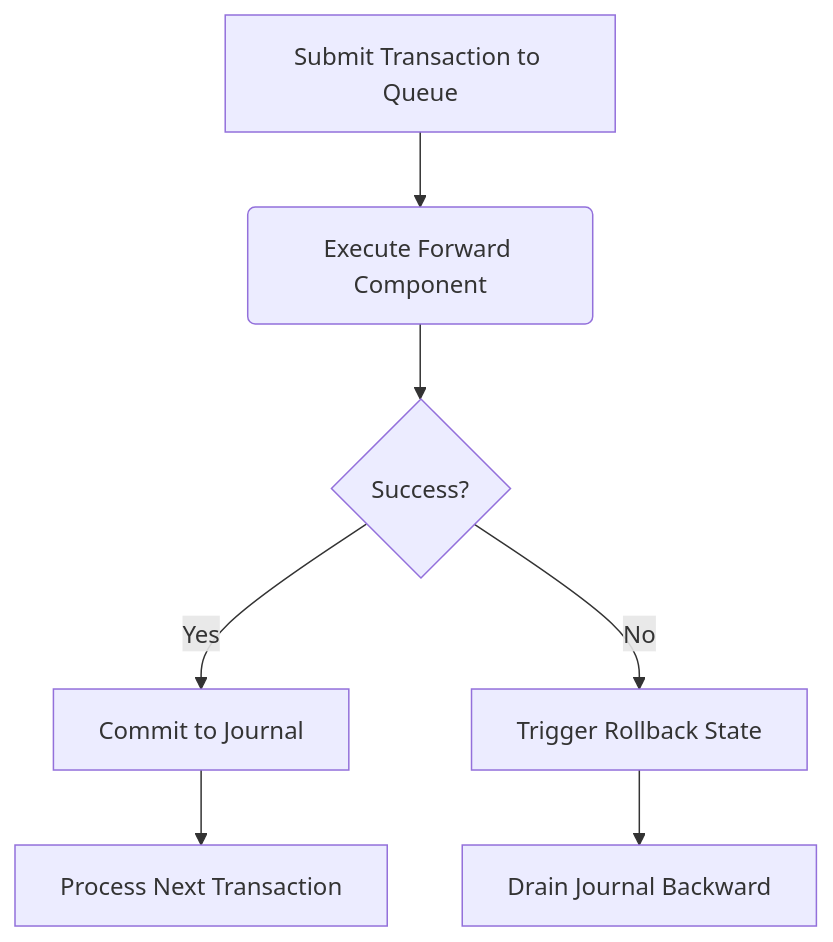
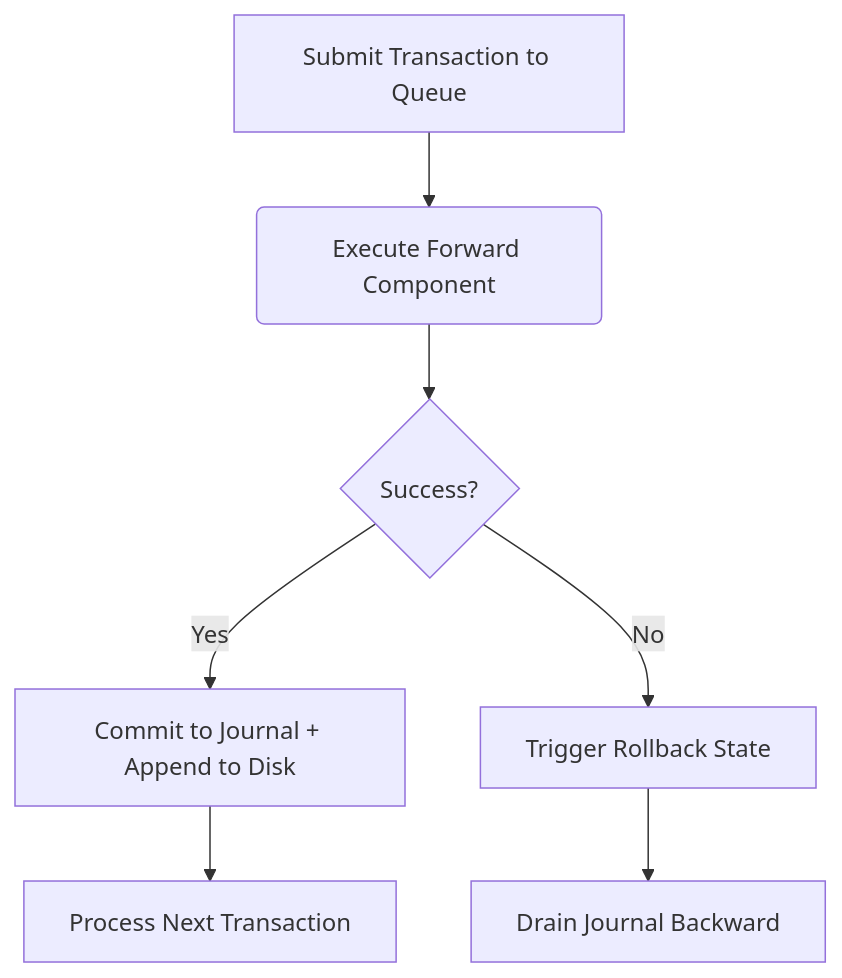
One commit to FilippoGurioli/nirioly changed the second of 2 diagrams in docs/phase-1/architecture.md. Above: the diagram before and after it, drawn with Mermaid. The commit also changed other lines of this file and 3 other files, not shown here.

````diff
--- a/docs/phase-1/architecture.md
+++ b/docs/phase-1/architecture.md
@@ -125,9 +126,9 @@
 ```mermaid
 flowchart TD
     A[Submit Transaction to Queue] --> B(Execute Forward Component)
     B --> C{Success?}
-    C -->|Yes| D[Commit to Journal]
+    C -->|Yes| D[Commit to Journal + Append to Disk]
     C -->|No| E[Trigger Rollback State]
     D --> F[Process Next Transaction]
     E --> G[Drain Journal Backward]
 ```
````
